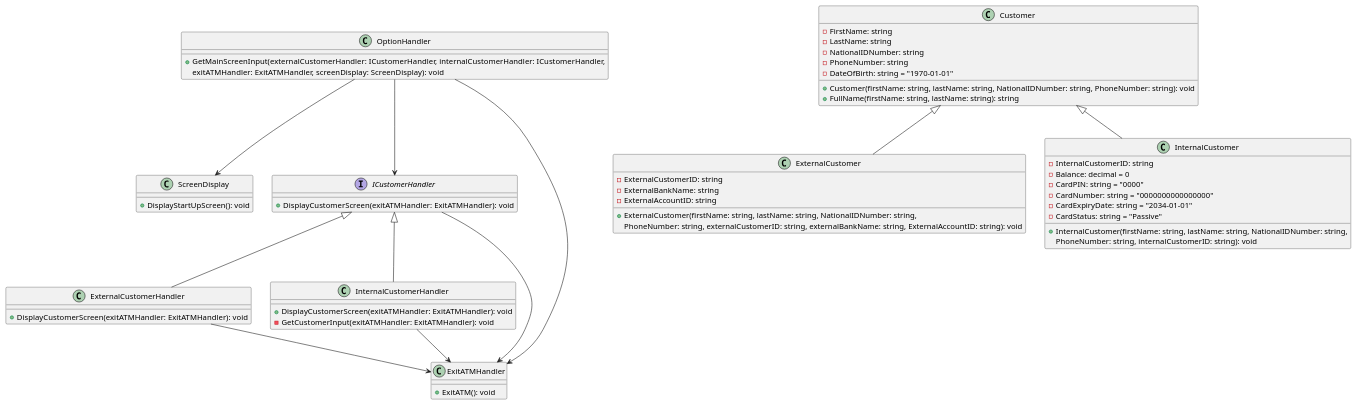
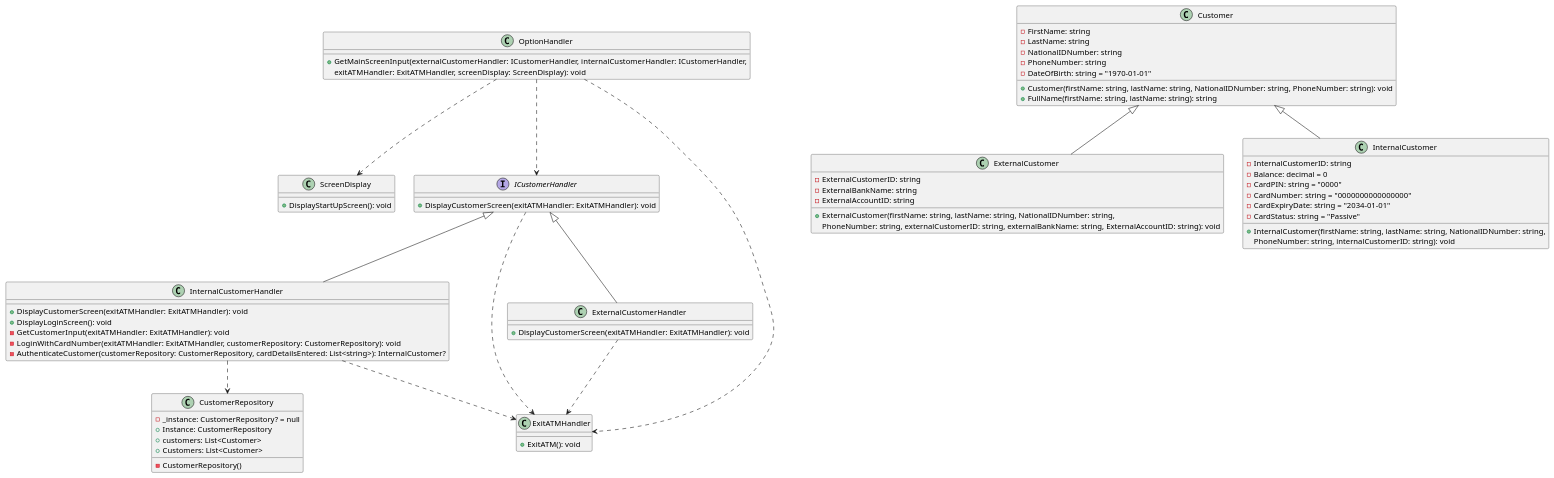
The diagram in .puml (KTrordu/atm-uygulamasi), drawn with PlantUML before and after one commit. The commit also changed 16 other files, not shown here.

Commit message:
updated the uml diagram

```diff
--- a/.puml
+++ b/.puml
@@ -1,75 +1,89 @@
 @startuml ATMUygulamasi
 
 class ScreenDisplay {
     +DisplayStartUpScreen(): void
 }
 
 class Customer {
     -FirstName: string
     -LastName: string
     -NationalIDNumber: string
     -PhoneNumber: string
     -DateOfBirth: string = "1970-01-01"
 
     +Customer(firstName: string, lastName: string, NationalIDNumber: string, PhoneNumber: string): void
     +FullName(firstName: string, lastName: string): string
 }
 
 class ExternalCustomer {
     -ExternalCustomerID: string
     -ExternalBankName: string
     -ExternalAccountID: string
 
     +ExternalCustomer(firstName: string, lastName: string, NationalIDNumber: string,
     PhoneNumber: string, externalCustomerID: string, externalBankName: string, ExternalAccountID: string): void
 }
 
 class InternalCustomer {
     -InternalCustomerID: string
     -Balance: decimal = 0
     -CardPIN: string = "0000"
     -CardNumber: string = "0000000000000000"
     -CardExpiryDate: string = "2034-01-01"
     -CardStatus: string = "Passive"
 
     +InternalCustomer(firstName: string, lastName: string, NationalIDNumber: string,
     PhoneNumber: string, internalCustomerID: string): void
 }
 
 class OptionHandler {
-    +GetMainScreenInput(externalCustomerHandler: ICustomerHandler, internalCustomerHandler: ICustomerHandler, 
+    +GetMainScreenInput(externalCustomerHandler: ICustomerHandler, internalCustomerHandler: ICustomerHandler,
     exitATMHandler: ExitATMHandler, screenDisplay: ScreenDisplay): void
 }
 
 interface ICustomerHandler {
     +DisplayCustomerScreen(exitATMHandler: ExitATMHandler): void
 }
 
 class ExternalCustomerHandler {
     +DisplayCustomerScreen(exitATMHandler: ExitATMHandler): void
 }
 
 class InternalCustomerHandler {
     +DisplayCustomerScreen(exitATMHandler: ExitATMHandler): void
+    +DisplayLoginScreen(): void
     -GetCustomerInput(exitATMHandler: ExitATMHandler): void
+    -LoginWithCardNumber(exitATMHandler: ExitATMHandler, customerRepository: CustomerRepository): void
+    -AuthenticateCustomer(customerRepository: CustomerRepository, cardDetailsEntered: List<string>): InternalCustomer?
+}
+
+class CustomerRepository {
+    - _instance: CustomerRepository? = null
+    + Instance: CustomerRepository
+    + customers: List<Customer>
+    + Customers: List<Customer>
+
+    - CustomerRepository()
 }
 
 class ExitATMHandler {
     +ExitATM(): void
 }
 
 Customer <|-- ExternalCustomer
 Customer <|-- InternalCustomer
 
 ICustomerHandler <|-- ExternalCustomerHandler
 ICustomerHandler <|-- InternalCustomerHandler
 
-OptionHandler --> ICustomerHandler
-OptionHandler --> ScreenDisplay
+OptionHandler ..> ICustomerHandler
+OptionHandler ..> ScreenDisplay
 
-ICustomerHandler --> ExitATMHandler
-ExternalCustomerHandler --> ExitATMHandler
-InternalCustomerHandler --> ExitATMHandler
-OptionHandler --> ExitATMHandler
+ICustomerHandler ..> ExitATMHandler
+ExternalCustomerHandler ..> ExitATMHandler
+InternalCustomerHandler ..> ExitATMHandler
+OptionHandler ..> ExitATMHandler
+
+InternalCustomerHandler ..> CustomerRepository
 
 @enduml
```
